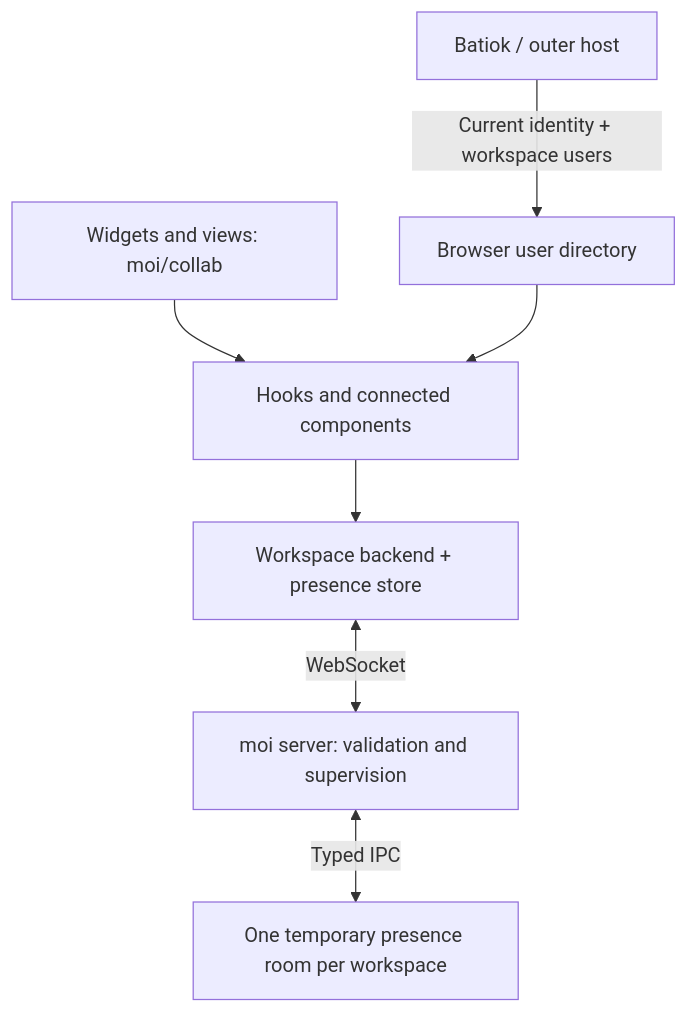
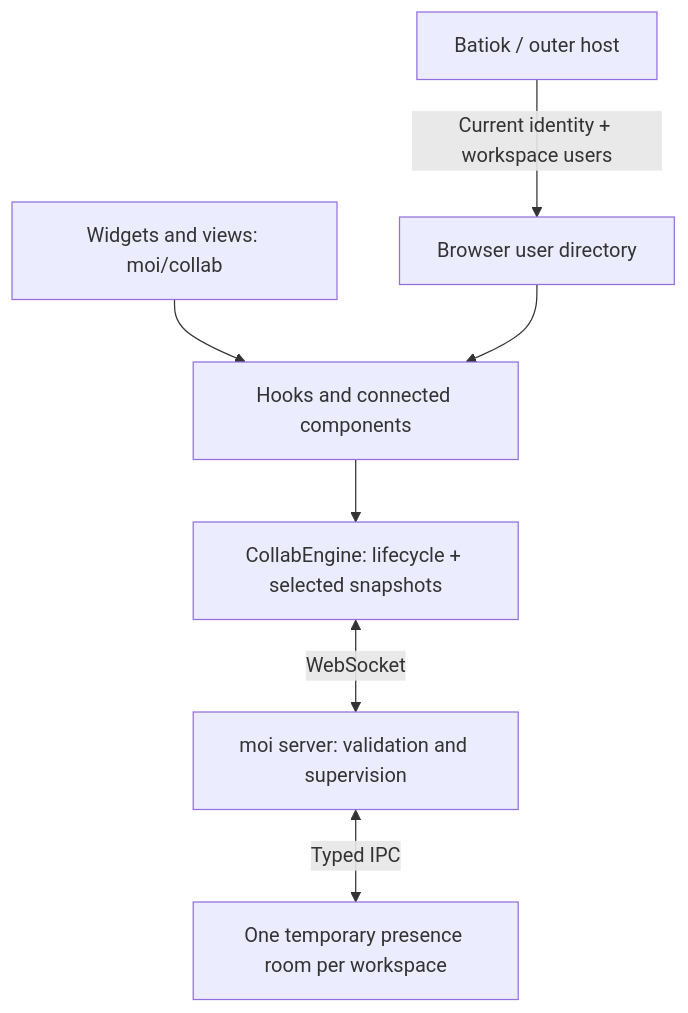
The diagram in docs/rfc-collab.md (molefrog/moi), drawn with Mermaid before and after one commit. The commit also changed other lines of this file and 39 other files, not shown here.

````diff
--- a/docs/rfc-collab.md
+++ b/docs/rfc-collab.md
@@ -15,9 +15,9 @@
 ```mermaid
 flowchart TB
   Host["Batiok / outer host"] -->|"Current identity + workspace users"| Directory["Browser user directory"]
   Applets["Widgets and views: moi/collab"] --> Hooks["Hooks and connected components"]
   Directory --> Hooks
-  Hooks --> Backend["Workspace backend + presence store"]
-  Backend <-->|WebSocket| Main["moi server: validation and supervision"]
+  Hooks --> Engine["CollabEngine: lifecycle + selected snapshots"]
+  Engine <-->|WebSocket| Main["moi server: validation and supervision"]
   Main <-->|Typed IPC| Room["One temporary presence room per workspace"]
 ```
````
